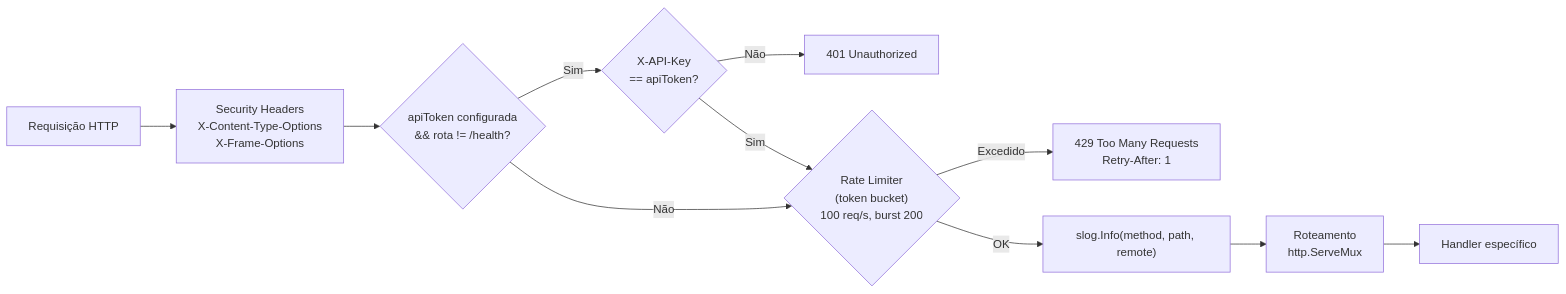
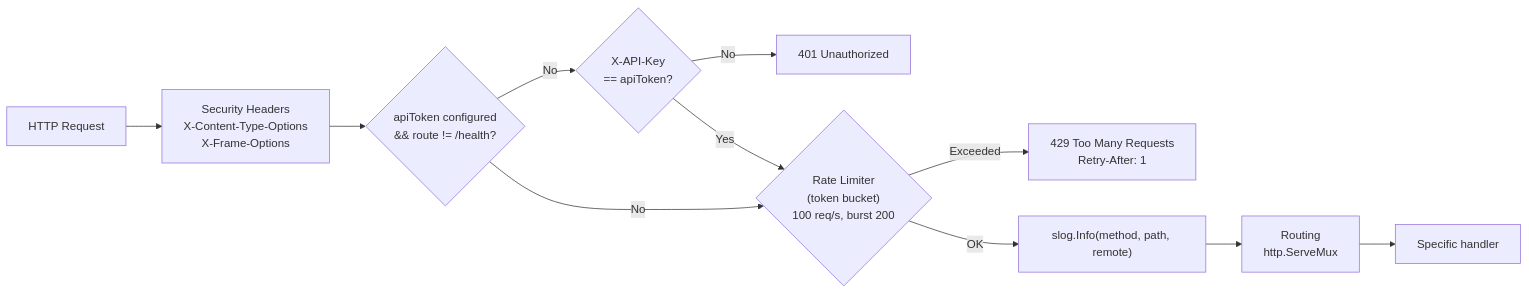
Before and after one commit to fabianoflorentino/certificate-validate: the sixth of 14 diagrams in docs/ARCHITECTURE.md, drawn with Mermaid. The commit also changed other lines of this file and 2 other files, not shown here.

````diff
--- a/docs/ARCHITECTURE.md
+++ b/docs/ARCHITECTURE.md
@@ -334,18 +334,18 @@
 ```mermaid
 flowchart LR
-    Req["Requisição HTTP"] --> Headers["Security Headers\nX-Content-Type-Options\nX-Frame-Options"]
+    Req["HTTP Request"] --> Headers["Security Headers\nX-Content-Type-Options\nX-Frame-Options"]
 
-    Headers --> Auth{"apiToken configurada\n&& rota != /health?"}
-    Auth -->|"Sim"| CheckKey{"X-API-Key\n== apiToken?"}
-    CheckKey -->|"Não"| Resp401["401 Unauthorized"]
-    CheckKey -->|"Sim"| RateLimit
+    Headers --> Auth{"apiToken configured\n&& route != /health?"}
+    Auth -->|"No"| CheckKey{"X-API-Key\n== apiToken?"}
+    CheckKey -->|"No"| Resp401["401 Unauthorized"]
+    CheckKey -->|"Yes"| RateLimit
 
-    Auth -->|"Não"| RateLimit
+    Auth -->|"No"| RateLimit
 
     RateLimit{"Rate Limiter\n(token bucket)\n100 req/s, burst 200"}
-    RateLimit -->|"Excedido"| Resp429["429 Too Many Requests\nRetry-After: 1"]
+    RateLimit -->|"Exceeded"| Resp429["429 Too Many Requests\nRetry-After: 1"]
     RateLimit -->|"OK"| Log["slog.Info(method, path, remote)"]
 
-    Log --> Route["Roteamento\nhttp.ServeMux"]
-    Route --> Handler["Handler específico"]
+    Log --> Route["Routing\nhttp.ServeMux"]
+    Route --> Handler["Specific handler"]
 ```
````
